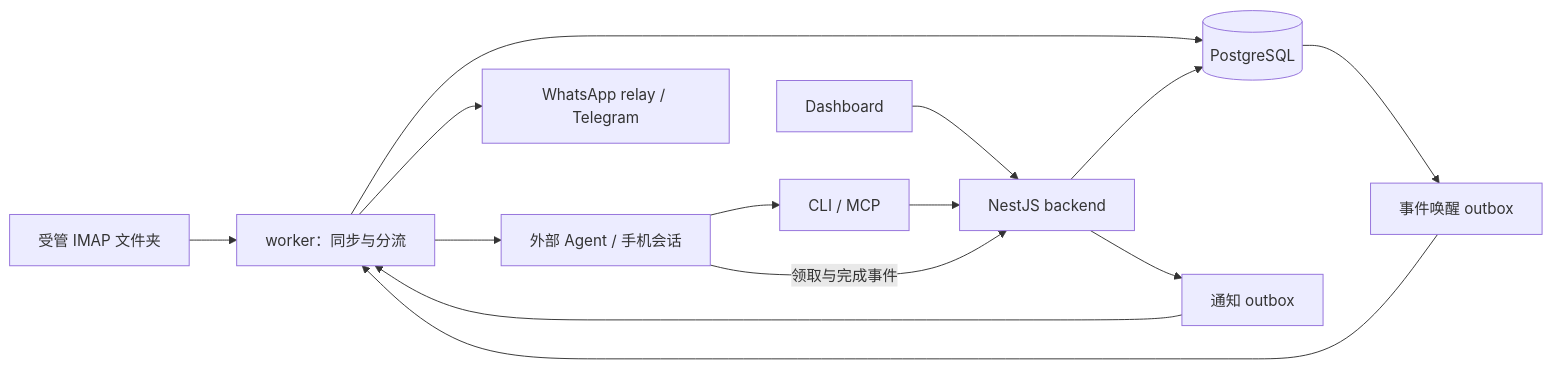
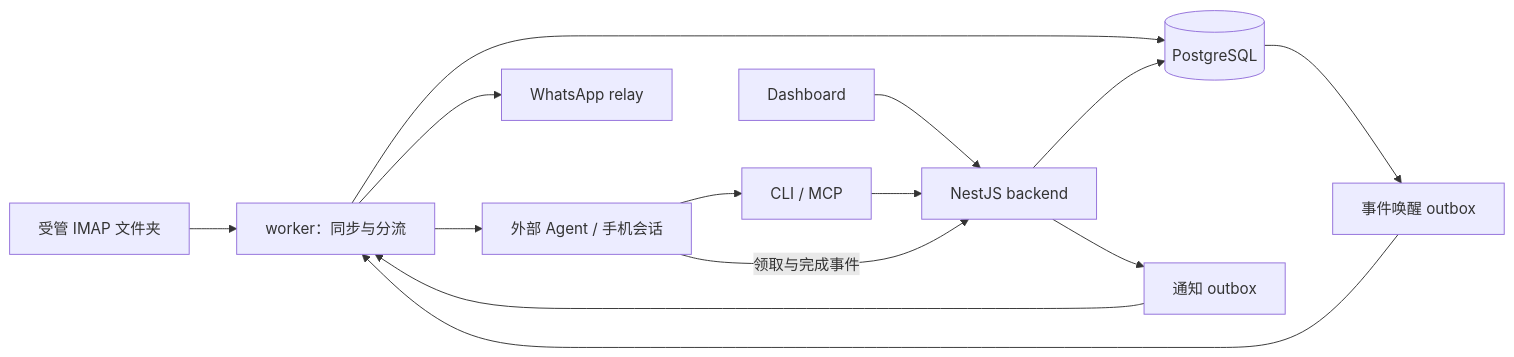
One commit to HeiYingQWQ/sc-mail changed the diagram in PROJECT_DEVELOPMENT.md. Above: the diagram before and after it, drawn with Mermaid. The commit also changed other lines of this file and 30 other files, not shown here.

First line of the commit message:
feat: harden isolated CI and saved-file recovery; WhatsApp only (#4)

````diff
--- a/PROJECT_DEVELOPMENT.md
+++ b/PROJECT_DEVELOPMENT.md
@@ -21,13 +21,13 @@
 ```mermaid
 flowchart LR
   IMAP[受管 IMAP 文件夹] --> W[worker：同步与分流]
   W --> DB[(PostgreSQL)]
   UI[Dashboard] --> API[NestJS backend]
   Agent[外部 Agent / 手机会话] --> Tools[CLI / MCP]
   Tools --> API --> DB
   DB --> Wake[事件唤醒 outbox]
   Wake --> W --> Agent
   Agent -->|领取与完成事件| API
   API --> Notify[通知 outbox]
-  Notify --> W --> Channel[WhatsApp relay / Telegram]
+  Notify --> W --> Channel[WhatsApp relay]
 ```
````
